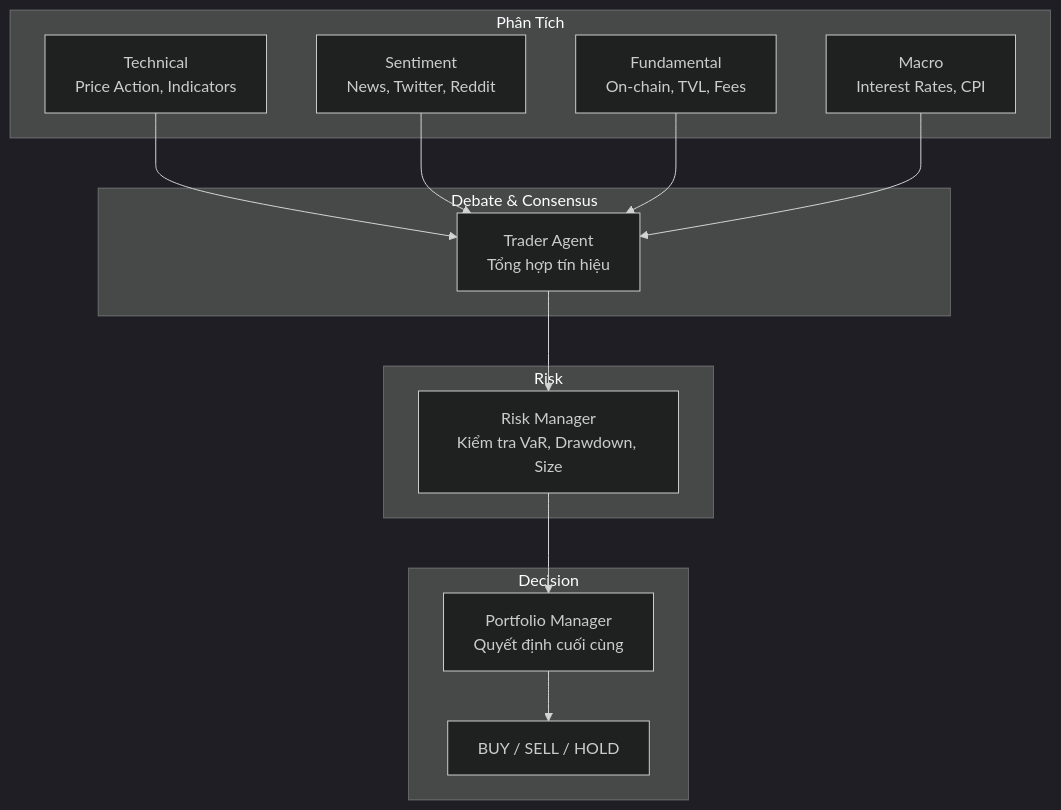
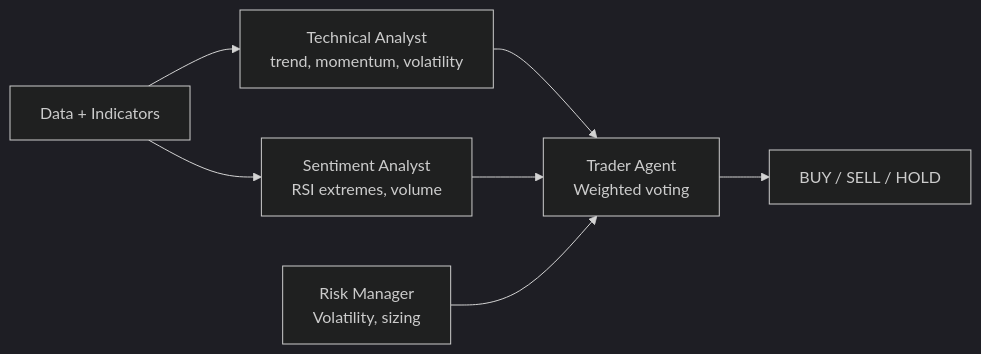
The third of 3 diagrams in docs/architecture.md (huythongbk15/LearnTradeAgent), drawn with Mermaid (dark theme) before and after one commit. The commit also changed other lines of this file and 38 other files, not shown here.

````diff
--- a/docs/architecture.md
+++ b/docs/architecture.md
@@ -170,30 +165,9 @@
 ```mermaid
-graph TB
-    subgraph ANALYSTS["Phân Tích"]
-        TEC[Technical<br/>Price Action, Indicators]
-        SEN[Sentiment<br/>News, Twitter, Reddit]
-        FUN[Fundamental<br/>On-chain, TVL, Fees]
-        MAC[Macro<br/>Interest Rates, CPI]
-    end
-
-    subgraph DEBATE["Debate & Consensus"]
-        TRADER[Trader Agent<br/>Tổng hợp tín hiệu]
-    end
-
-    subgraph RISK["Risk"]
-        RISK_MGR[Risk Manager<br/>Kiểm tra VaR, Drawdown, Size]
-    end
-
-    subgraph DECISION["Decision"]
-        PM[Portfolio Manager<br/>Quyết định cuối cùng]
-        SIGNAL[BUY / SELL / HOLD]
-    end
-
-    TEC --> TRADER
-    SEN --> TRADER
-    FUN --> TRADER
-    MAC --> TRADER
-    TRADER --> RISK_MGR
-    RISK_MGR --> PM
-    PM --> SIGNAL
+graph LR
+    A[Data + Indicators] --> T[Technical Analyst<br/>trend, momentum, volatility]
+    A --> S[Sentiment Analyst<br/>RSI extremes, volume]
+    T --> TR[Trader Agent<br/>Weighted voting]
+    S --> TR
+    R[Risk Manager<br/>Volatility, sizing] --> TR
+    TR --> SIGNAL[BUY / SELL / HOLD]
 ```
````
